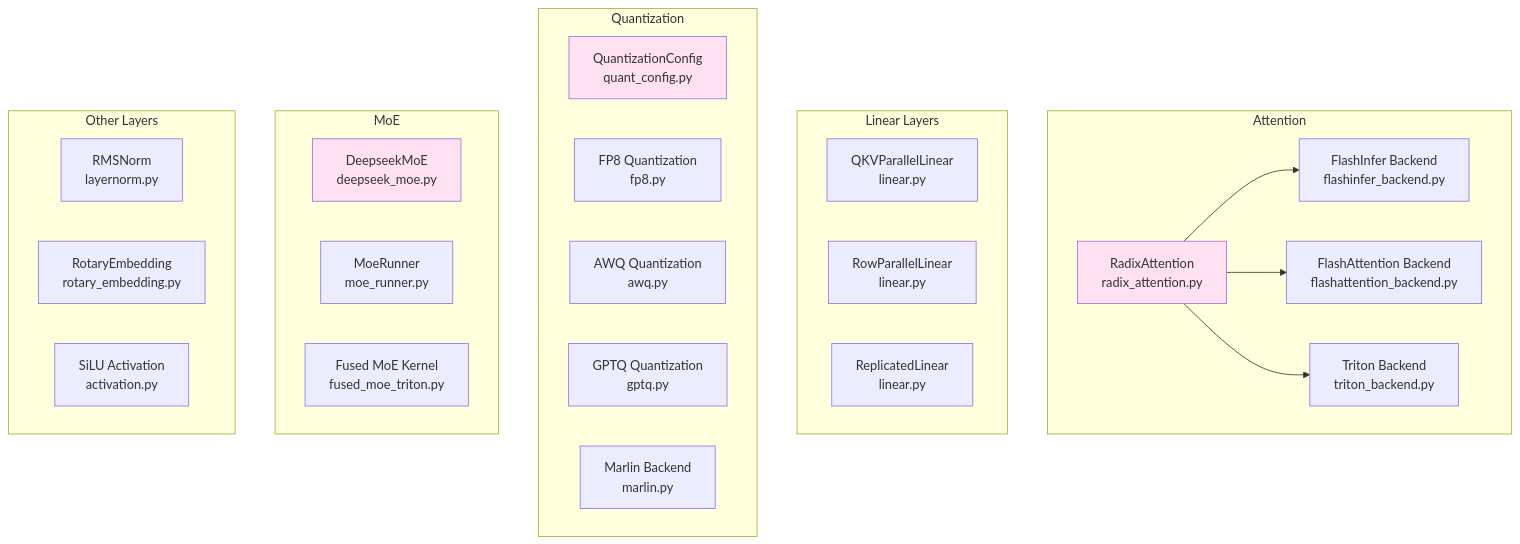
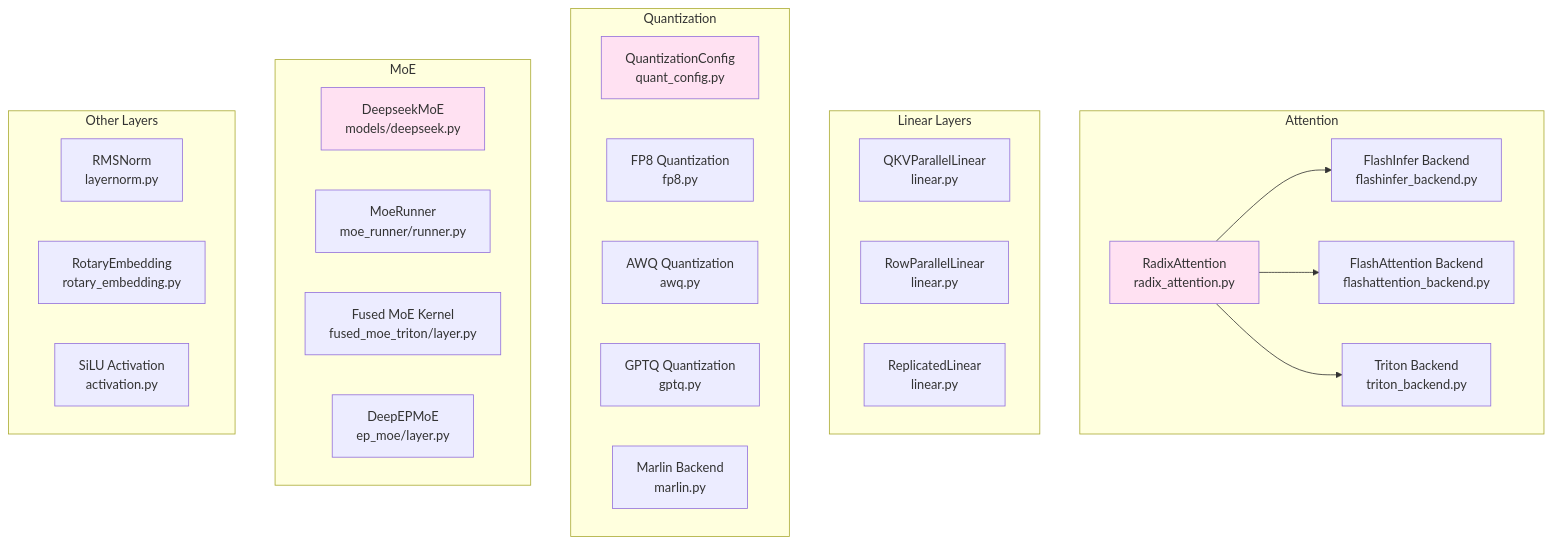
Before and after one commit to caitengwei/sglang: the sixth of 14 diagrams in docs/analysis/arch.md, drawn with Mermaid. The commit also changed other lines of this file and 2 other files, not shown here.

Commit message:
update analysis docs

````diff
--- a/docs/analysis/arch.md
+++ b/docs/analysis/arch.md
@@ -539,43 +540,44 @@
 ```mermaid
 graph TB
     subgraph Attention
         RadixAttn["RadixAttention<br/>radix_attention.py"]
         FlashInfer["FlashInfer Backend<br/>flashinfer_backend.py"]
         FlashAttn["FlashAttention Backend<br/>flashattention_backend.py"]
         TritonAttn["Triton Backend<br/>triton_backend.py"]
     end
 
     subgraph Linear Layers
         QKVProj["QKVParallelLinear<br/>linear.py"]
         RowProj["RowParallelLinear<br/>linear.py"]
         RepLinear["ReplicatedLinear<br/>linear.py"]
     end
 
     subgraph Quantization
         QuantConfig["QuantizationConfig<br/>quant_config.py"]
         FP8["FP8 Quantization<br/>fp8.py"]
         AWQ["AWQ Quantization<br/>awq.py"]
         GPTQ["GPTQ Quantization<br/>gptq.py"]
         Marlin["Marlin Backend<br/>marlin.py"]
     end
 
     subgraph MoE
-        DeepseekMoE["DeepseekMoE<br/>deepseek_moe.py"]
-        MoeRunner["MoeRunner<br/>moe_runner.py"]
-        FusedMoE["Fused MoE Kernel<br/>fused_moe_triton.py"]
+        DeepseekMoE["DeepseekMoE<br/>models/deepseek.py"]
+        MoeRunner["MoeRunner<br/>moe_runner/runner.py"]
+        FusedMoE["Fused MoE Kernel<br/>fused_moe_triton/layer.py"]
+        DeepEPMoE["DeepEPMoE<br/>ep_moe/layer.py"]
     end
 
     subgraph Other Layers
         RMSNorm["RMSNorm<br/>layernorm.py"]
         RoPE["RotaryEmbedding<br/>rotary_embedding.py"]
         SiLU["SiLU Activation<br/>activation.py"]
     end
 
     RadixAttn --> FlashInfer
     RadixAttn --> FlashAttn
     RadixAttn --> TritonAttn
 
     style RadixAttn fill:#ffe1f2
     style QuantConfig fill:#ffe1f2
     style DeepseekMoE fill:#ffe1f2
 ```
````
